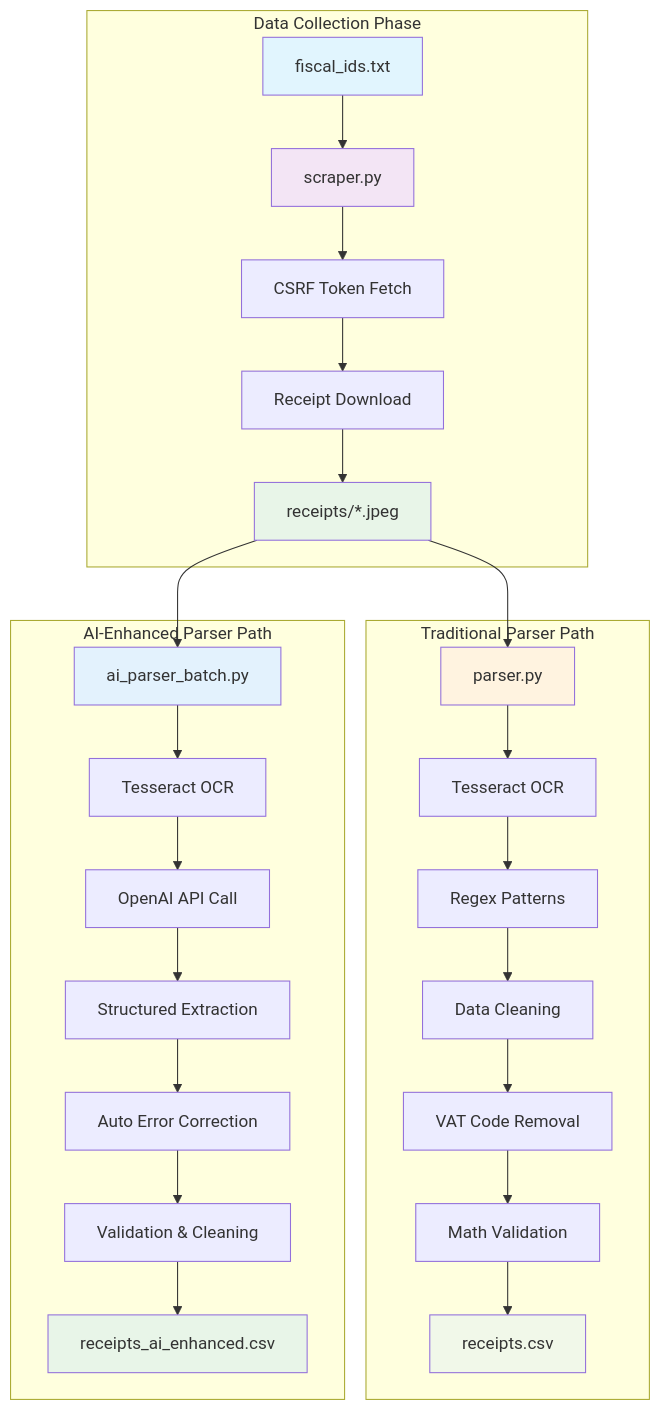
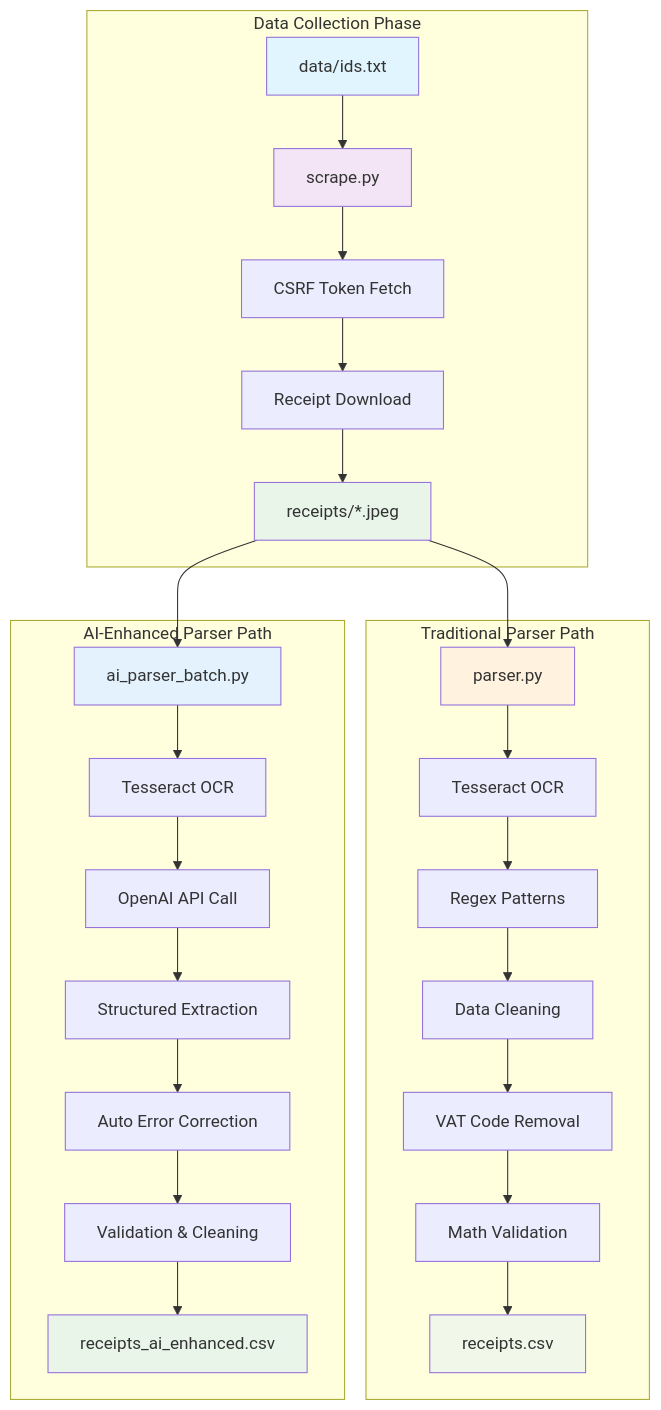
Before and after one commit to scraper-bots/receipt_data: the fifth of 8 diagrams in README.md, drawn with Mermaid. The commit also changed other lines of this file and 1 other file, not shown here.

````diff
--- a/README.md
+++ b/README.md
@@ -363,37 +407,37 @@
 ```mermaid
 graph TB
     subgraph "Data Collection Phase"
-        A[fiscal_ids.txt] --> B[scraper.py]
+        A[data/ids.txt] --> B[scrape.py]
         B --> C[CSRF Token Fetch]
         C --> D[Receipt Download]
         D --> E[receipts/*.jpeg]
     end
     
     subgraph "Traditional Parser Path"
         E --> F[parser.py]
         F --> G[Tesseract OCR]
         G --> H[Regex Patterns]
         H --> I[Data Cleaning]
         I --> J[VAT Code Removal]
         J --> K[Math Validation]
         K --> L[receipts.csv]
     end
     
     subgraph "AI-Enhanced Parser Path"
         E --> M[ai_parser_batch.py]
         M --> N[Tesseract OCR]
         N --> O[OpenAI API Call]
         O --> P[Structured Extraction]
         P --> Q[Auto Error Correction]
         Q --> R[Validation & Cleaning]
         R --> S[receipts_ai_enhanced.csv]
     end
     
     style A fill:#e1f5fe
     style B fill:#f3e5f5
     style E fill:#e8f5e8
     style F fill:#fff3e0
     style M fill:#e3f2fd
     style L fill:#f1f8e9
     style S fill:#e8f5e8
 ```
````
